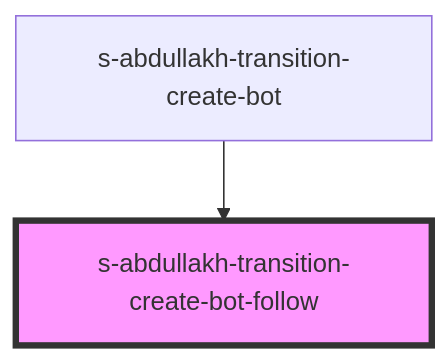
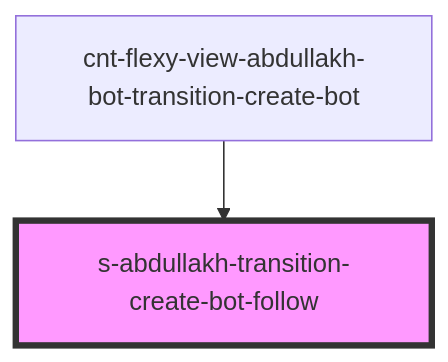
The diagram in src/components/cnt-flexy-view-abdullakh-bot-transition-create-bot-1_0_0/res/view/cnt-flexy-view-abdullakh-bot-transition-create-bot/res/view/s-abdullakh-transition-create-bot-follow/readme.md (Wokh-Dada/botdevelopmentapp), drawn with Mermaid before and after one commit. The commit also changed other lines of this file and 138 other files, not shown here.

````diff
--- a/src/components/cnt-flexy-view-abdullakh-bot-transition-create-bot-1_0_0/res/view/cnt-flexy-view-abdullakh-bot-transition-create-bot/res/view/s-abdullakh-transition-create-bot-follow/readme.md
+++ b/src/components/cnt-flexy-view-abdullakh-bot-transition-create-bot-1_0_0/res/view/cnt-flexy-view-abdullakh-bot-transition-create-bot/res/view/s-abdullakh-transition-create-bot-follow/readme.md
@@ -29,5 +29,5 @@
 ```mermaid
 graph TD;
-  s-abdullakh-transition-create-bot --> s-abdullakh-transition-create-bot-follow
+  cnt-flexy-view-abdullakh-bot-transition-create-bot --> s-abdullakh-transition-create-bot-follow
   style s-abdullakh-transition-create-bot-follow fill:#f9f,stroke:#333,stroke-width:4px
 ```
````
